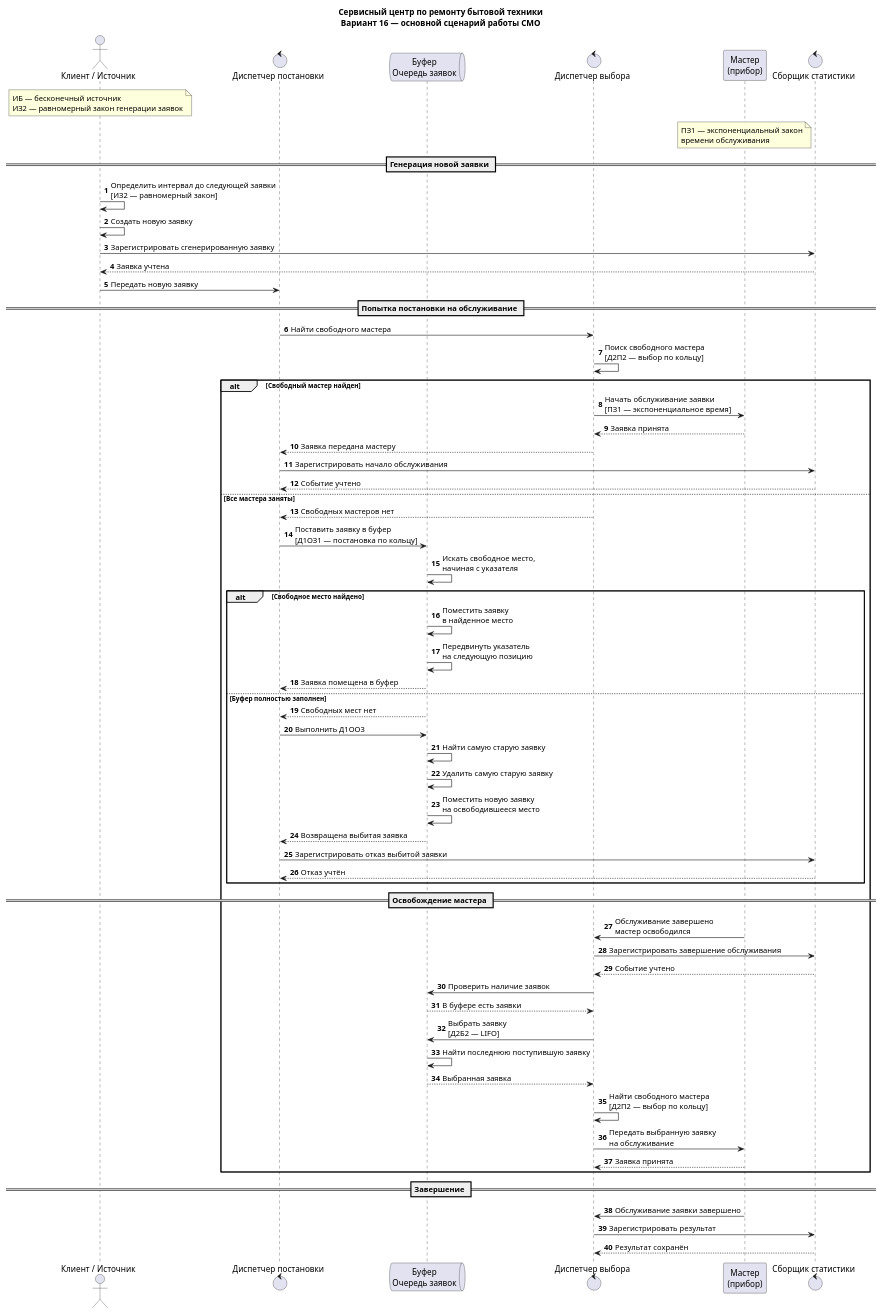
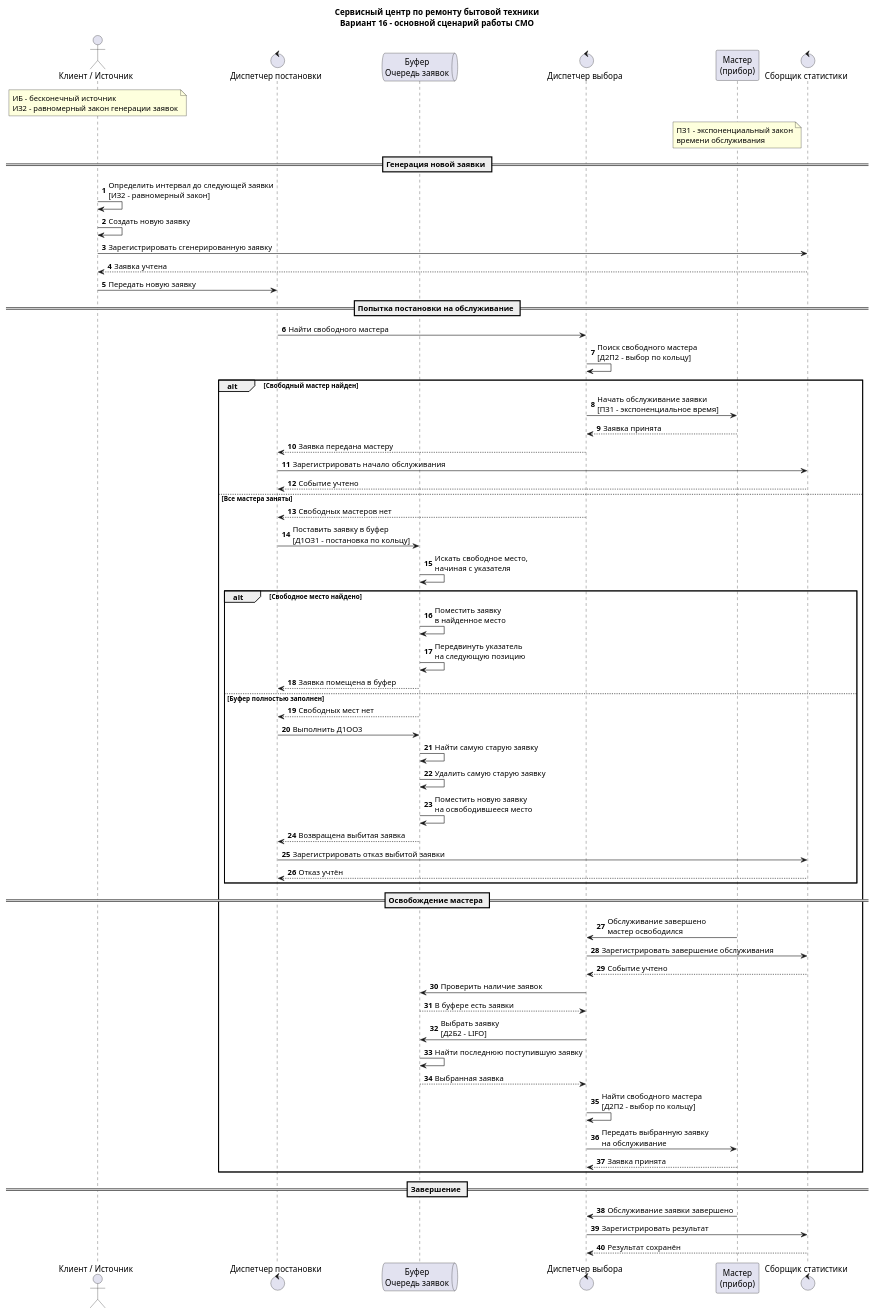
Before and after one commit to aishasanatbekovabishkek/aps-sanatbekova: the diagram in docs/diagrams/sequence/main-flow.puml, drawn with PlantUML.

Commit message:
Replace long dashes in sequence diagram

```diff
--- a/docs/diagrams/sequence/main-flow.puml
+++ b/docs/diagrams/sequence/main-flow.puml
@@ -1,104 +1,104 @@
 @startuml
 
-title Сервисный центр по ремонту бытовой техники\nВариант 16 — основной сценарий работы СМО
+title Сервисный центр по ремонту бытовой техники\nВариант 16 - основной сценарий работы СМО
 
 autonumber
 
 actor "Клиент / Источник" as Source
 control "Диспетчер постановки" as Placement
 queue "Буфер\nОчередь заявок" as Buffer
 control "Диспетчер выбора" as Selection
 participant "Мастер\n(прибор)" as Master
 control "Сборщик статистики" as Statistics
 
 note over Source
-ИБ — бесконечный источник
-ИЗ2 — равномерный закон генерации заявок
+ИБ - бесконечный источник
+ИЗ2 - равномерный закон генерации заявок
 end note
 
 note over Master
-ПЗ1 — экспоненциальный закон
+ПЗ1 - экспоненциальный закон
 времени обслуживания
 end note
 
 == Генерация новой заявки ==
 
-Source -> Source: Определить интервал до следующей заявки\n[ИЗ2 — равномерный закон]
+Source -> Source: Определить интервал до следующей заявки\n[ИЗ2 - равномерный закон]
 Source -> Source: Создать новую заявку
 Source -> Statistics: Зарегистрировать сгенерированную заявку
 Statistics --> Source: Заявка учтена
 Source -> Placement: Передать новую заявку
 
 == Попытка постановки на обслуживание ==
 
 Placement -> Selection: Найти свободного мастера
-Selection -> Selection: Поиск свободного мастера\n[Д2П2 — выбор по кольцу]
+Selection -> Selection: Поиск свободного мастера\n[Д2П2 - выбор по кольцу]
 
 alt Свободный мастер найден
 
-    Selection -> Master: Начать обслуживание заявки\n[ПЗ1 — экспоненциальное время]
+    Selection -> Master: Начать обслуживание заявки\n[ПЗ1 - экспоненциальное время]
     Master --> Selection: Заявка принята
     Selection --> Placement: Заявка передана мастеру
 
     Placement -> Statistics: Зарегистрировать начало обслуживания
     Statistics --> Placement: Событие учтено
 
 else Все мастера заняты
 
     Selection --> Placement: Свободных мастеров нет
 
-    Placement -> Buffer: Поставить заявку в буфер\n[Д1ОЗ1 — постановка по кольцу]
+    Placement -> Buffer: Поставить заявку в буфер\n[Д1ОЗ1 - постановка по кольцу]
 
     Buffer -> Buffer: Искать свободное место,\nначиная с указателя
 
     alt Свободное место найдено
 
         Buffer -> Buffer: Поместить заявку\nв найденное место
         Buffer -> Buffer: Передвинуть указатель\nна следующую позицию
         Buffer --> Placement: Заявка помещена в буфер
 
     else Буфер полностью заполнен
 
         Buffer --> Placement: Свободных мест нет
         Placement -> Buffer: Выполнить Д1ОО3
 
         Buffer -> Buffer: Найти самую старую заявку
         Buffer -> Buffer: Удалить самую старую заявку
         Buffer -> Buffer: Поместить новую заявку\nна освободившееся место
 
         Buffer --> Placement: Возвращена выбитая заявка
 
         Placement -> Statistics: Зарегистрировать отказ выбитой заявки
         Statistics --> Placement: Отказ учтён
 
     end
 
     == Освобождение мастера ==
 
     Master -> Selection: Обслуживание завершено\nмастер освободился
 
     Selection -> Statistics: Зарегистрировать завершение обслуживания
     Statistics --> Selection: Событие учтено
 
     Selection -> Buffer: Проверить наличие заявок
     Buffer --> Selection: В буфере есть заявки
 
-    Selection -> Buffer: Выбрать заявку\n[Д2Б2 — LIFO]
+    Selection -> Buffer: Выбрать заявку\n[Д2Б2 - LIFO]
 
     Buffer -> Buffer: Найти последнюю поступившую заявку
     Buffer --> Selection: Выбранная заявка
 
-    Selection -> Selection: Найти свободного мастера\n[Д2П2 — выбор по кольцу]
+    Selection -> Selection: Найти свободного мастера\n[Д2П2 - выбор по кольцу]
 
     Selection -> Master: Передать выбранную заявку\nна обслуживание
     Master --> Selection: Заявка принята
 
 end
 
 == Завершение ==
 
 Master -> Selection: Обслуживание заявки завершено
 Selection -> Statistics: Зарегистрировать результат
 Statistics --> Selection: Результат сохранён
 
 @enduml
```
